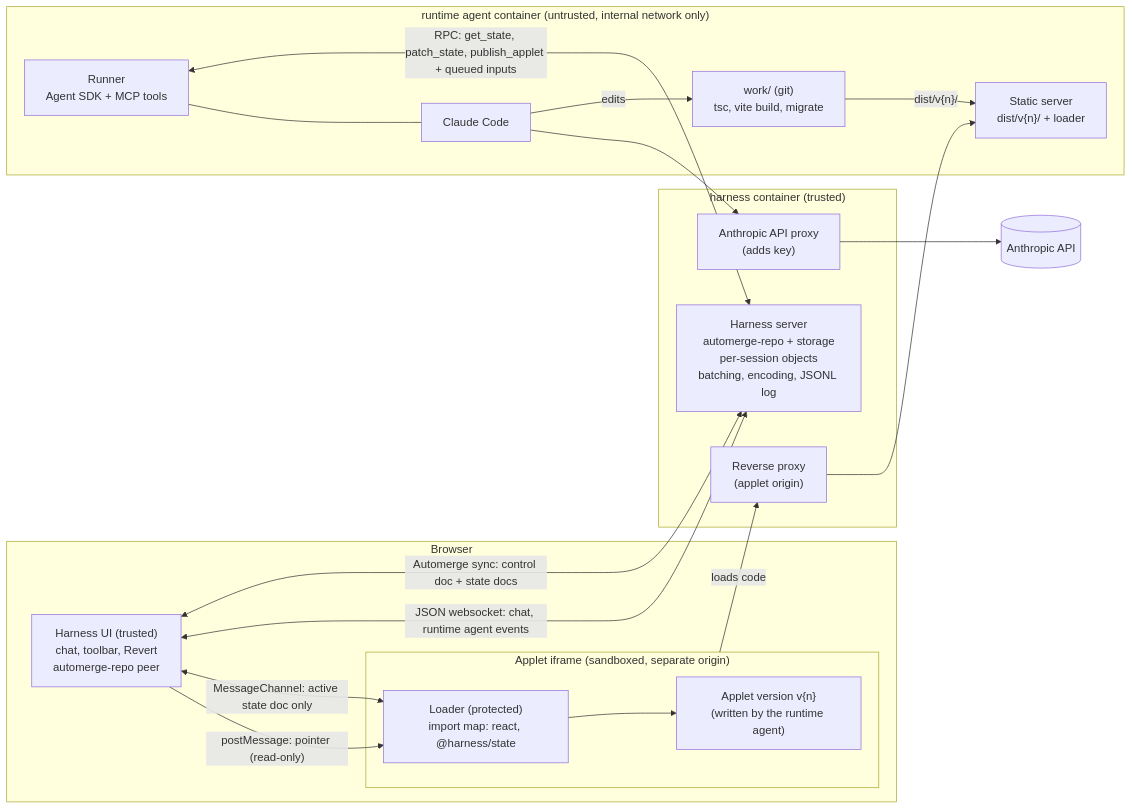
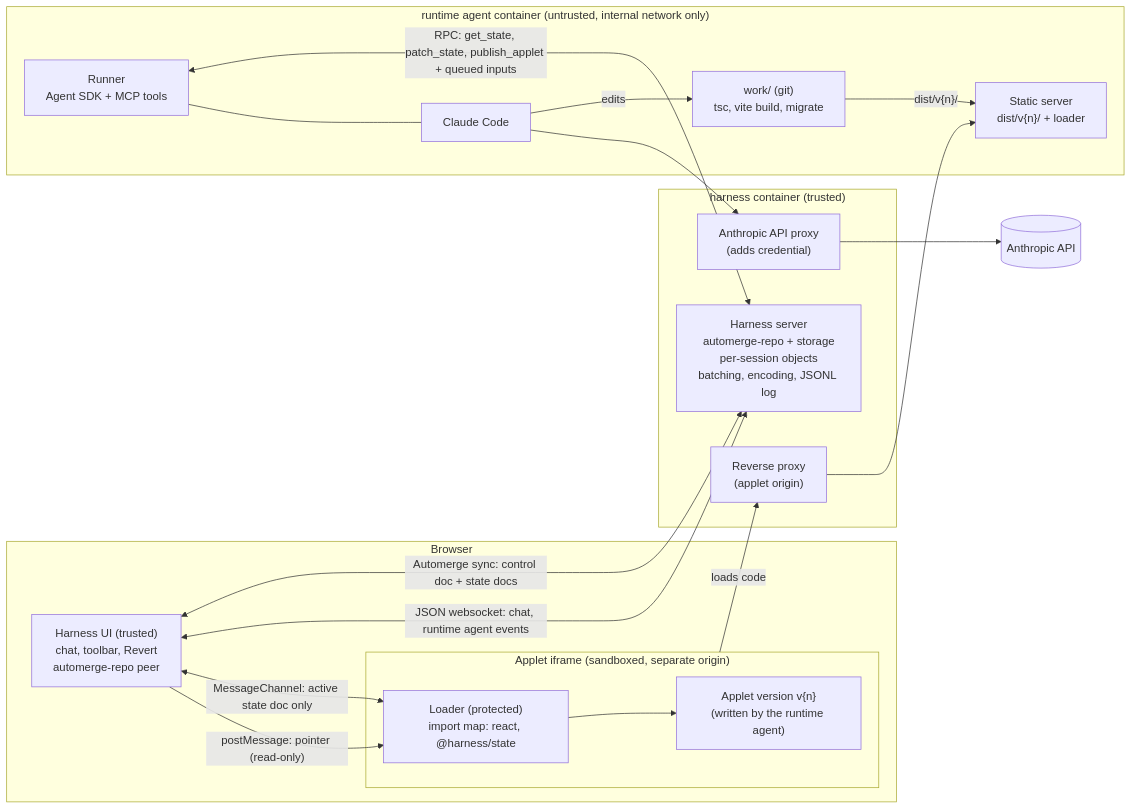
Before and after one commit to therighttrousers/familiar: the first of 2 diagrams in docs/designs/high-level-design.md, drawn with Mermaid. The commit also changed other lines of this file and 6 other files, not shown here.

````diff
--- a/docs/designs/high-level-design.md
+++ b/docs/designs/high-level-design.md
@@ -82,36 +82,36 @@
 ```mermaid
 flowchart LR
   subgraph Browser
     HUI["Harness UI (trusted)<br/>chat, toolbar, Revert<br/>automerge-repo peer"]
     subgraph IF["Applet iframe (sandboxed, separate origin)"]
       LD["Loader (protected)<br/>import map: react, @harness/state"]
       APP["Applet version v{n}<br/>(written by the runtime agent)"]
     end
   end
   subgraph HC["harness container (trusted)"]
     HS["Harness server<br/>automerge-repo + storage<br/>per-session objects<br/>batching, encoding, JSONL log"]
-    KP["Anthropic API proxy<br/>(adds key)"]
+    KP["Anthropic API proxy<br/>(adds credential)"]
     RP["Reverse proxy<br/>(applet origin)"]
   end
   subgraph AC["runtime agent container (untrusted, internal network only)"]
     RN["Runner<br/>Agent SDK + MCP tools"]
     CC["Claude Code"]
     FS["work/ (git)<br/>tsc, vite build, migrate"]
     SS["Static server<br/>dist/v{n}/ + loader"]
   end
   API[("Anthropic API")]
 
   HUI <-->|"Automerge sync: control doc + state docs"| HS
   HUI <-->|"JSON websocket: chat, runtime agent events"| HS
   HUI <-->|"MessageChannel: active state doc only"| LD
   HUI -->|"postMessage: pointer (read-only)"| LD
   LD --> APP
   IF -->|"loads code"| RP
   RP --> SS
   RN <-->|"RPC: get_state, patch_state, publish_applet + queued inputs"| HS
   RN --- CC
   CC -->|"edits"| FS
   FS -->|"dist/v{n}/"| SS
   CC --> KP
   KP --> API
 ```
````
